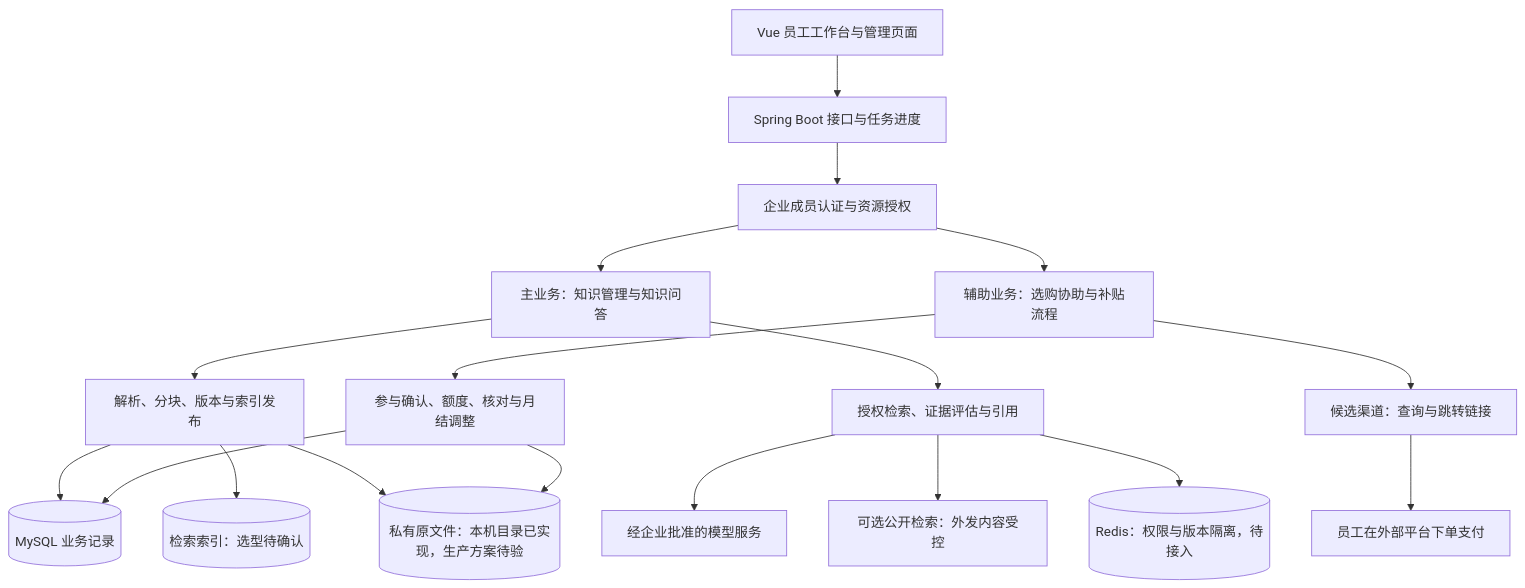
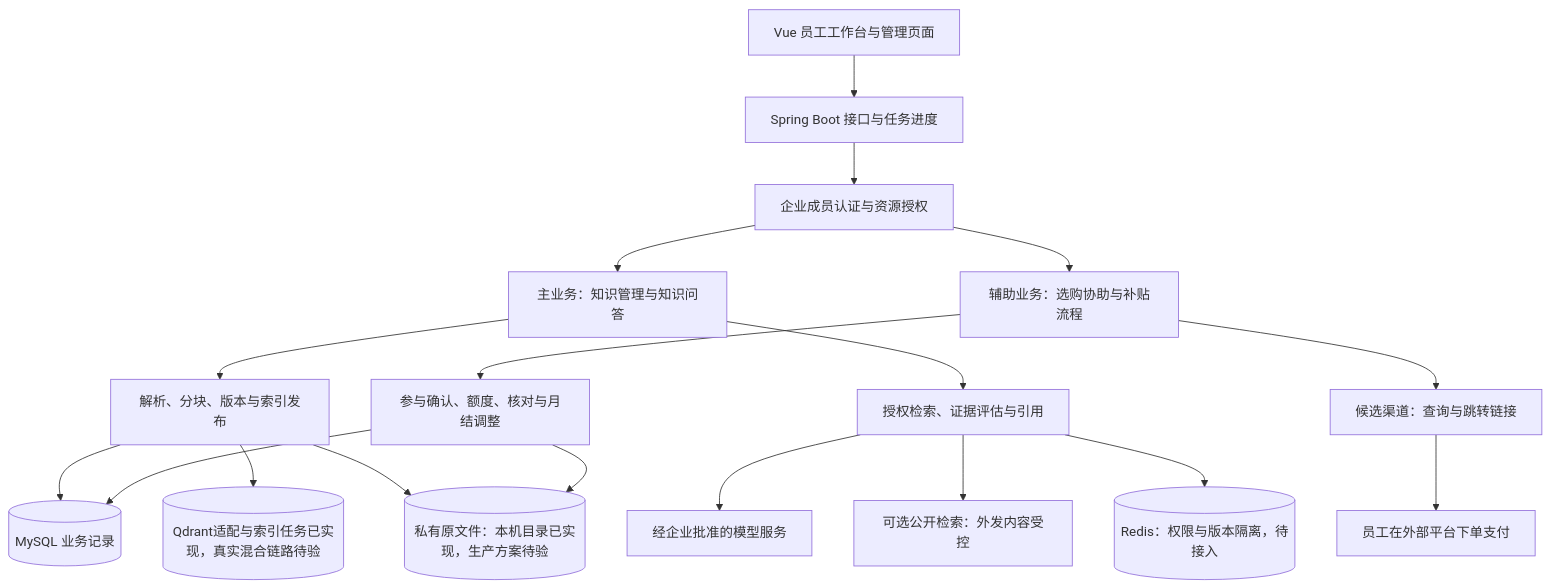
One commit to Alan-Sheep/KnowingOrder changed the diagram in 03-架构设计.md. Above: the diagram before and after it, drawn with Mermaid. The commit also changed other lines of this file and 94 other files, not shown here.

First line of the commit message:
feat(qa,ui): 跨空间问答修复与体验升级；开户支持真实姓名；重写 README 附界面截图

````diff
--- a/03-架构设计.md
+++ b/03-架构设计.md
@@ -23,20 +102,20 @@
 ```mermaid
 flowchart TD
     UI[Vue 员工工作台与管理页面] --> API[Spring Boot 接口与任务进度]
     API --> AUTH[企业成员认证与资源授权]
     AUTH --> KNOW[主业务：知识管理与知识问答]
     AUTH --> WORK[辅助业务：选购协助与补贴流程]
     KNOW --> INGEST[解析、分块、版本与索引发布]
     KNOW --> RETRIEVE[授权检索、证据评估与引用]
     RETRIEVE --> MODEL[经企业批准的模型服务]
     RETRIEVE --> WEB[可选公开检索：外发内容受控]
     WORK --> CHANNEL[候选渠道：查询与跳转链接]
     CHANNEL --> PLATFORM[员工在外部平台下单支付]
     WORK --> FINANCE[参与确认、额度、核对与月结调整]
     INGEST --> DB[(MySQL 业务记录)]
     FINANCE --> DB
-    INGEST --> INDEX[(检索索引：选型待确认)]
+    INGEST --> INDEX[(Qdrant适配与索引任务已实现，真实混合链路待验)]
     INGEST --> FILES[(私有原文件：本机目录已实现，生产方案待验)]
     FINANCE --> FILES
     RETRIEVE --> CACHE[(Redis：权限与版本隔离，待接入)]
 ```
````
